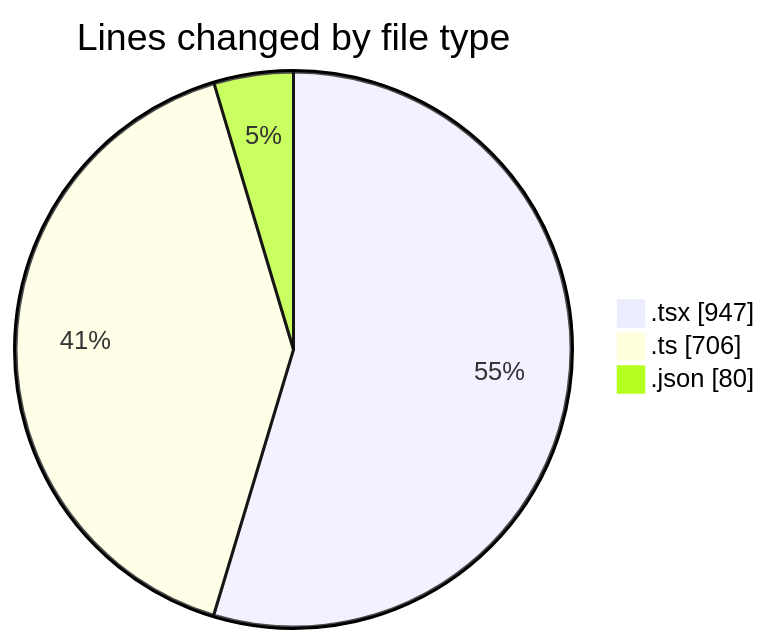
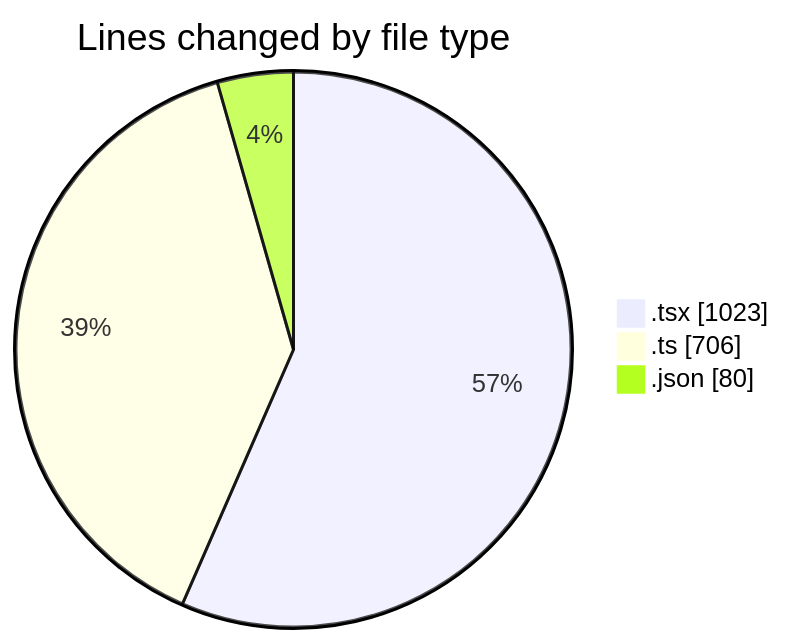
The first of 2 diagrams in 2026-03-25/nxtqube_webapp/README.md (nxtqubesakshisongat/code-tracking), drawn with Mermaid before and after one commit. The commit also changed other lines of this file and 1 other file, not shown here.

````diff
--- a/2026-03-25/nxtqube_webapp/README.md
+++ b/2026-03-25/nxtqube_webapp/README.md
@@ -25,7 +25,7 @@
 ```mermaid
 pie showData
 title Lines changed by file type
-".tsx" : 947
+".tsx" : 1023
 ".ts" : 706
 ".json" : 80
 ```
````
